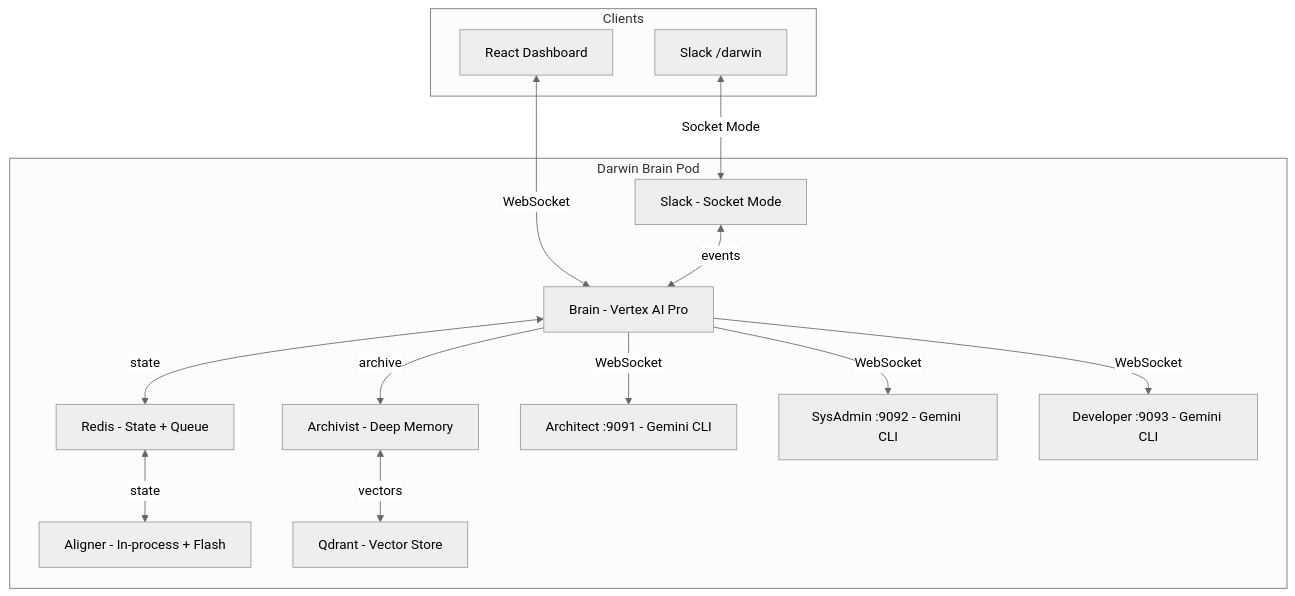
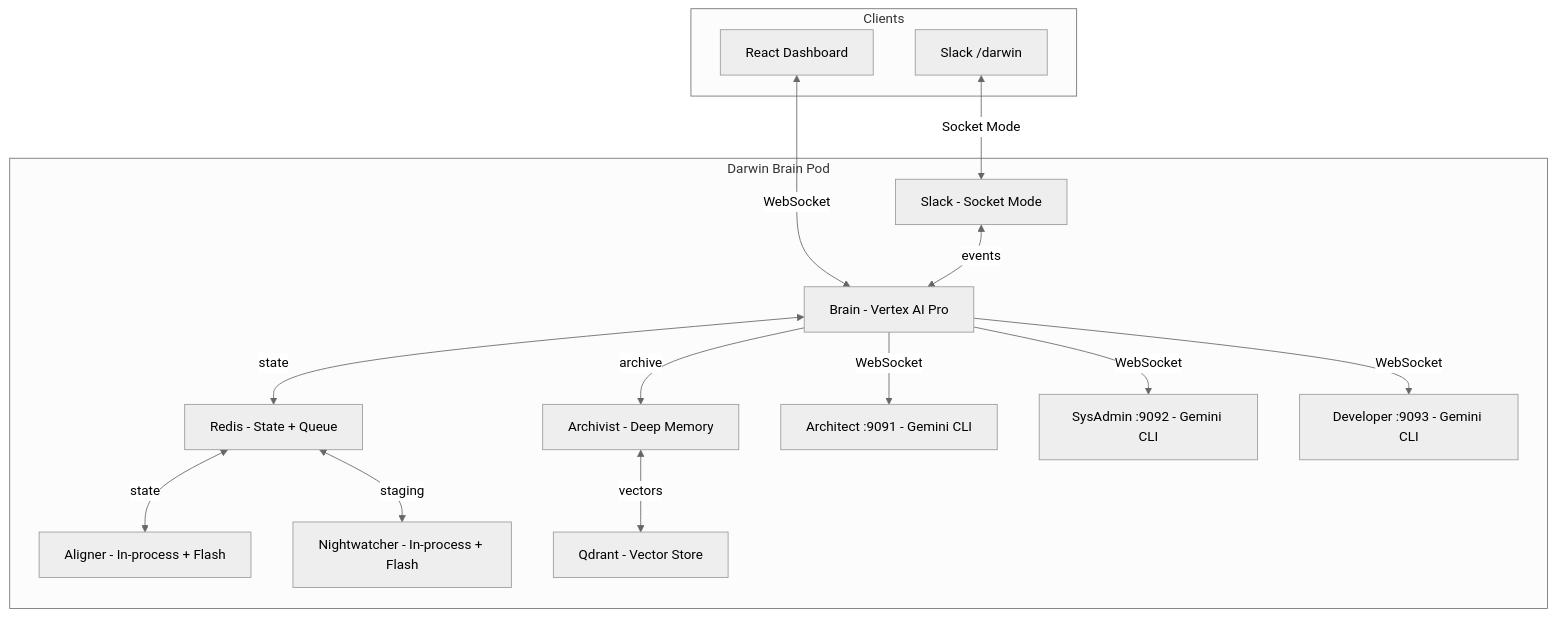
Before and after one commit to The-Darwin-Project/Blackboard: the diagram in README.md, drawn with Mermaid (neutral theme). The commit also changed other lines of this file and 1 other file, not shown here.

First line of the commit message:
docs: add Nightwatcher (Agent 6) to architecture rules and README

````diff
--- a/README.md
+++ b/README.md
@@ -14,33 +14,35 @@
 ```mermaid
 graph TD
     subgraph pod [Darwin Brain Pod]
         Brain["Brain - Vertex AI Pro"]
         Redis["Redis - State + Queue"]
         Aligner["Aligner - In-process + Flash"]
         Archivist["Archivist - Deep Memory"]
+        Nightwatcher["Nightwatcher - In-process + Flash"]
         Qdrant["Qdrant - Vector Store"]
         Slack["Slack - Socket Mode"]
 
         Architect["Architect :9091 - Gemini CLI"]
         SysAdmin["SysAdmin :9092 - Gemini CLI"]
         Developer["Developer :9093 - Gemini CLI"]
     end
 
     subgraph ui [Clients]
         Dashboard["React Dashboard"]
         SlackApp["Slack /darwin"]
     end
 
     Brain <-->|state| Redis
     Redis <-->|state| Aligner
+    Redis <-->|staging| Nightwatcher
     Brain -->|archive| Archivist
     Archivist <-->|vectors| Qdrant
 
     Brain -->|WebSocket| Architect
     Brain -->|WebSocket| SysAdmin
     Brain -->|WebSocket| Developer
 
     Dashboard <-->|WebSocket| Brain
     SlackApp <-->|Socket Mode| Slack
     Slack <-->|events| Brain
 ```
````
